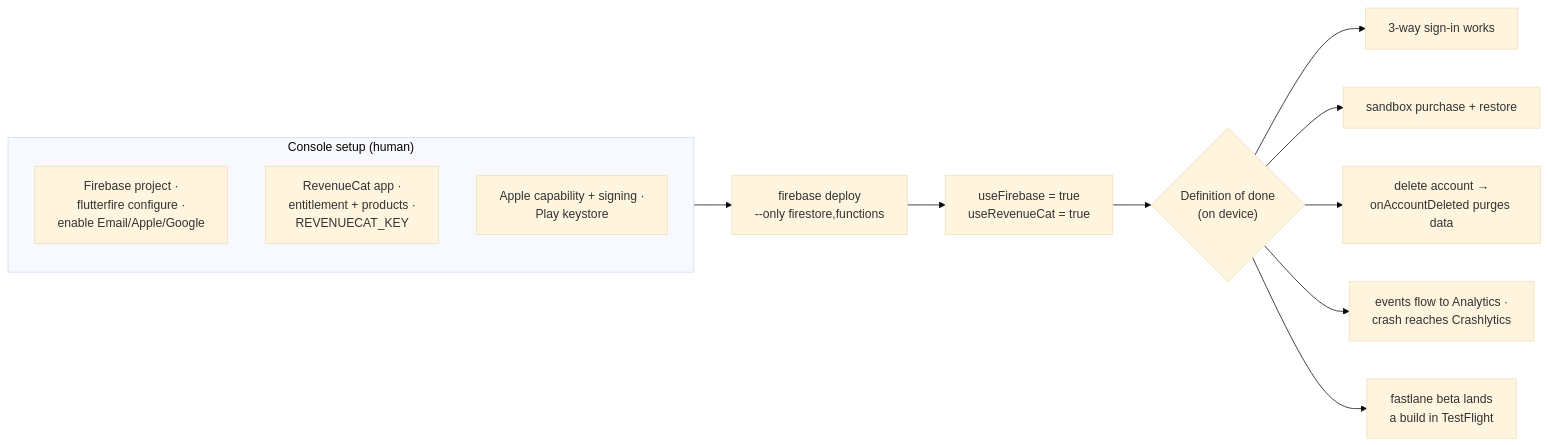
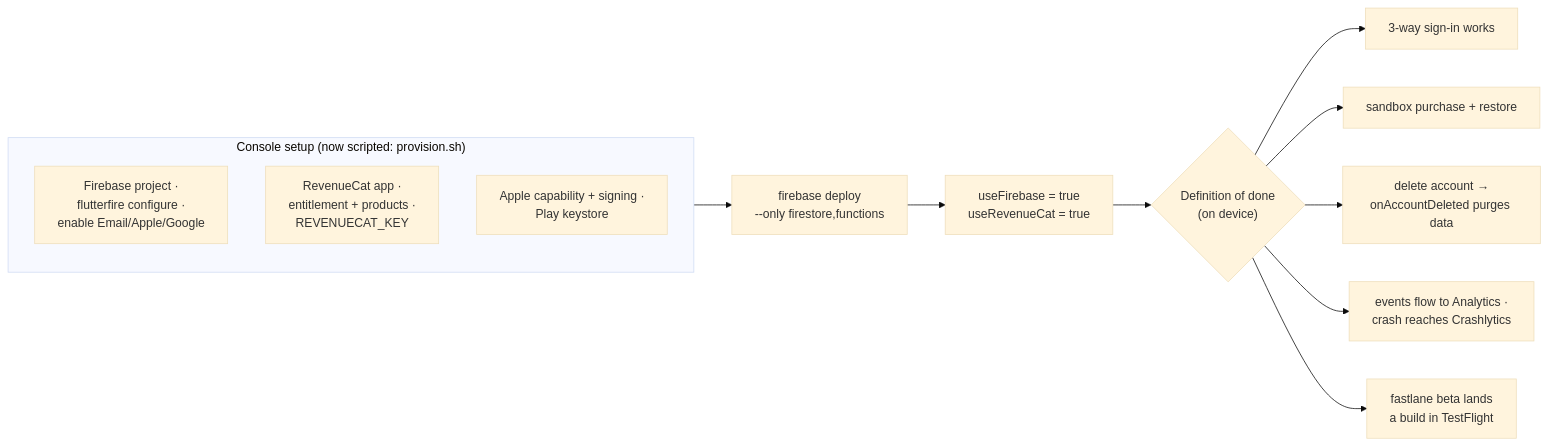
The second of 2 diagrams in docs/future.md (Surge-Studios-Dev/daedalus), drawn with Mermaid (base theme) before and after one commit. The commit also changed other lines of this file and 9 other files, not shown here.

````diff
--- a/docs/future.md
+++ b/docs/future.md
@@ -34,16 +34,16 @@
 ```mermaid
 flowchart LR
-    subgraph consoles["Console setup (human)"]
+    subgraph consoles["Console setup (now scripted: provision.sh)"]
         fb["Firebase project ·<br/>flutterfire configure ·<br/>enable Email/Apple/Google"]
         rc["RevenueCat app ·<br/>entitlement + products ·<br/>REVENUECAT_KEY"]
         sign["Apple capability + signing ·<br/>Play keystore"]
     end
     consoles --> deploy["firebase deploy<br/>--only firestore,functions"]
     deploy --> flip["useFirebase = true<br/>useRevenueCat = true"]
     flip --> dod{"Definition of done<br/>(on device)"}
     dod --> d1["3-way sign-in works"]
     dod --> d2["sandbox purchase + restore"]
     dod --> d3["delete account →<br/>onAccountDeleted purges data"]
     dod --> d4["events flow to Analytics ·<br/>crash reaches Crashlytics"]
     dod --> d5["fastlane beta lands<br/>a build in TestFlight"]
 ```
````
